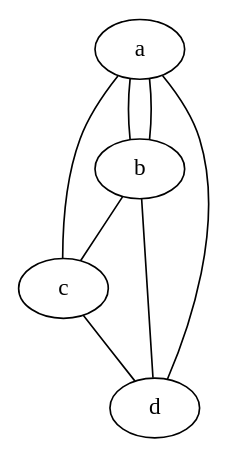
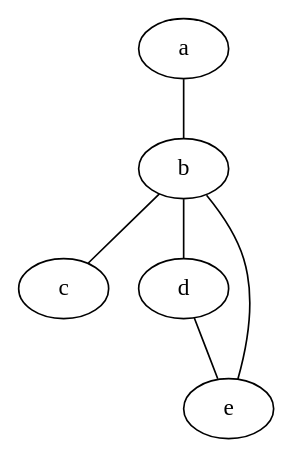
Before and after one commit to arthur-mant/grafos: the diagram in graph3.dot, drawn with Graphviz. The commit also changed 2 other files, not shown here.

```diff
--- a/graph3.dot
+++ b/graph3.dot
@@ -1,7 +1,5 @@
 graph {
     a -- b -- c
-    c -- a
-    a -- b -- d
-    d -- a
-    c -- d
+    b -- d -- e
+    e -- b
 }
```
